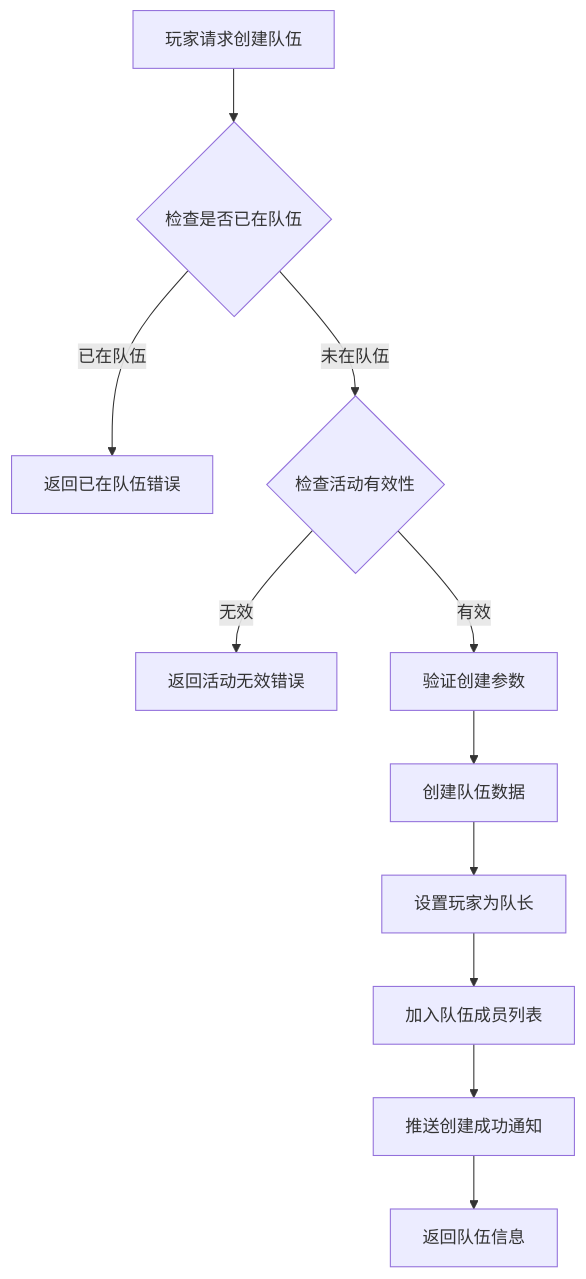
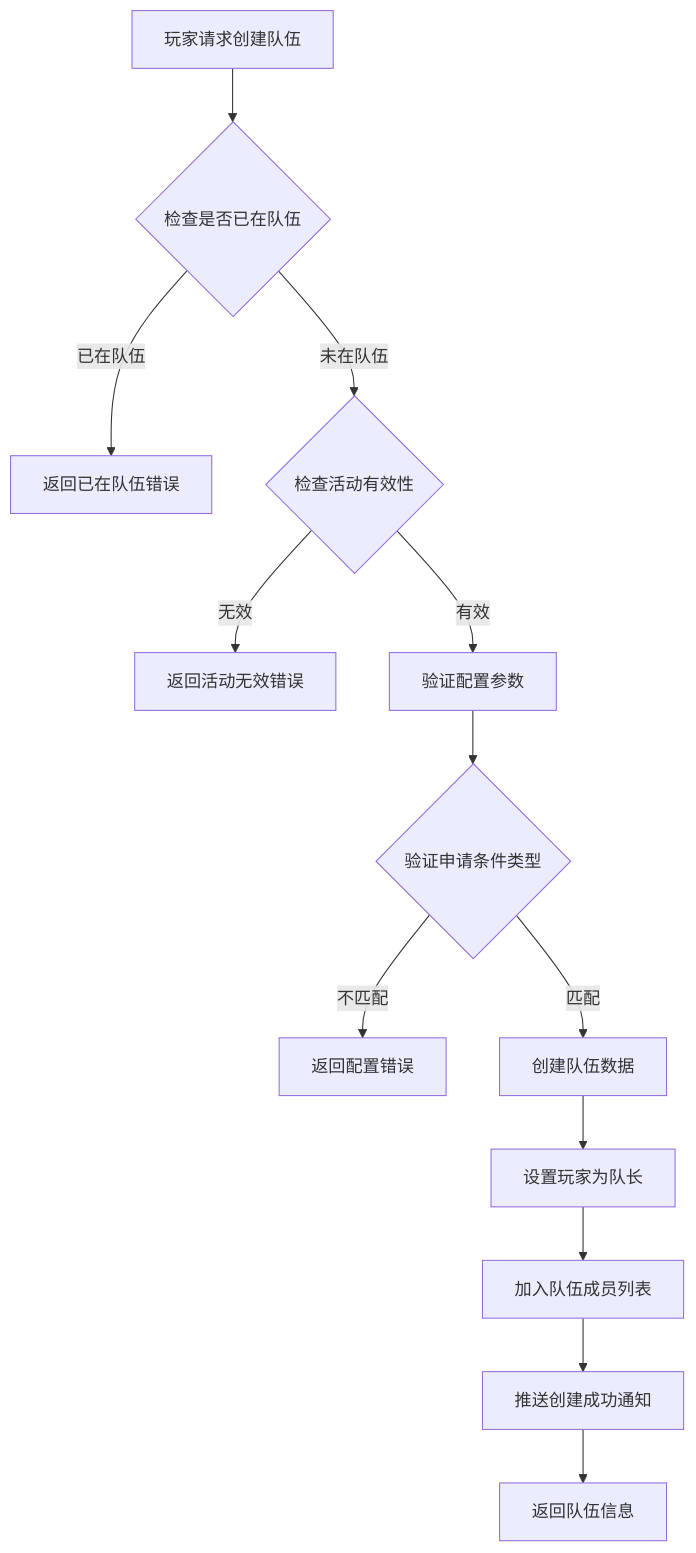
One commit to Alan-Ben/k2c_game_framework changed the second of 6 diagrams in docs/Module_ActivityTeam/05_完整说明.md. Above: the diagram before and after it, drawn with Mermaid. The commit also changed other lines of this file and 5 other files, not shown here.

````diff
--- a/docs/Module_ActivityTeam/05_完整说明.md
+++ b/docs/Module_ActivityTeam/05_完整说明.md
@@ -66,13 +101,15 @@
 ```mermaid
 flowchart TD
     A[玩家请求创建队伍] --> B{检查是否已在队伍}
     B -->|已在队伍| C[返回已在队伍错误]
     B -->|未在队伍| D{检查活动有效性}
     D -->|无效| E[返回活动无效错误]
-    D -->|有效| F[验证创建参数]
-    F --> G[创建队伍数据]
-    G --> H[设置玩家为队长]
-    H --> I[加入队伍成员列表]
-    I --> J[推送创建成功通知]
-    J --> K[返回队伍信息]
+    D -->|有效| F[验证配置参数]
+    F --> G{验证申请条件类型}
+    G -->|不匹配| H[返回配置错误]
+    G -->|匹配| I[创建队伍数据]
+    I --> J[设置玩家为队长]
+    J --> K[加入队伍成员列表]
+    K --> L[推送创建成功通知]
+    L --> M[返回队伍信息]
 ```
````
